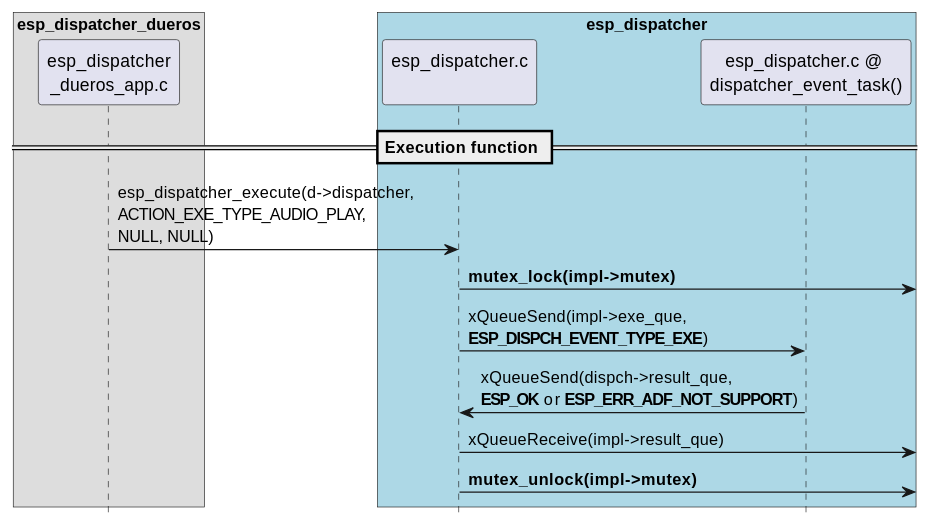
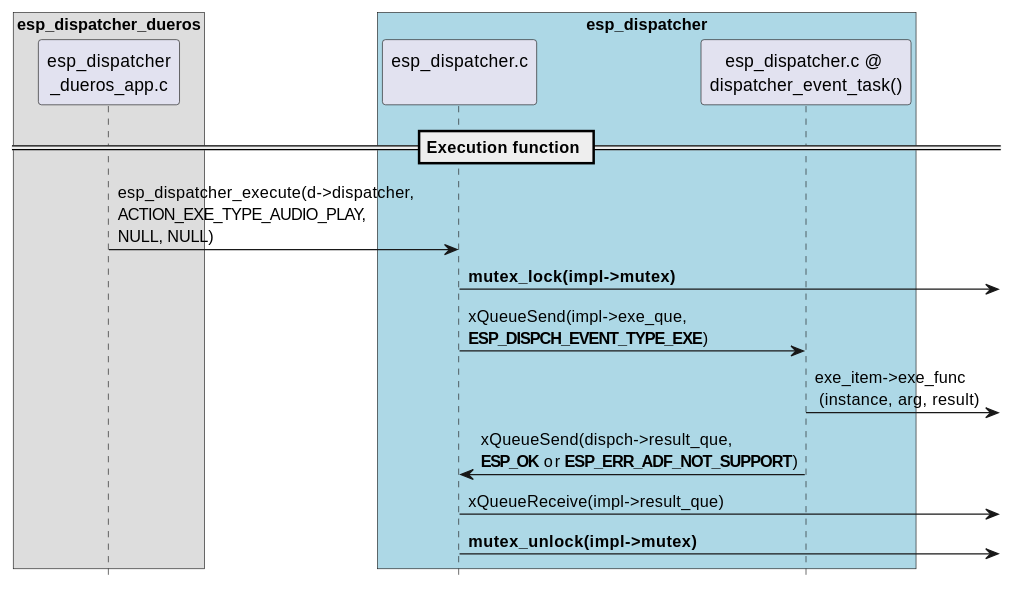
Before and after one commit to liangzhu2008/learn-esp-adf: the fourth of 5 diagrams in docs/inside-dispatcher/esp_dispatcher.rst, drawn with PlantUML. The commit also changed other lines of this file and 2 other files, not shown here.

```diff
--- a/docs/inside-dispatcher/esp_dispatcher.rst
+++ b/docs/inside-dispatcher/esp_dispatcher.rst
@@ -125,20 +129,21 @@
 .. uml::
 
     hide footbox
 
     box "esp_dispatcher_dueros"
-    participant "esp_dispatcher\n_dueros_app.c"         as example           order 10
+    participant "esp_dispatcher\n_dueros_app.c"         as adf_app           order 10
     end box
 
     box "esp_dispatcher" #LightBlue
     participant "esp_dispatcher.c\n"                    as dispatcher_comp   order 20
     participant "esp_dispatcher.c @ \ndispatcher_event_task()" as dispatcher_task   order 30
     end box
     
     == Execution function ==
-    example -> dispatcher_comp : esp_dispatcher_execute(d->dispatcher, \nACTION_EXE_TYPE_AUDIO_PLAY, \nNULL, NULL)
+    adf_app -> dispatcher_comp : esp_dispatcher_execute(d->dispatcher, \nACTION_EXE_TYPE_AUDIO_PLAY, \nNULL, NULL)
     dispatcher_comp ->] : **mutex_lock(impl->mutex)**
     dispatcher_comp -> dispatcher_task : xQueueSend(impl->exe_que, \n**ESP_DISPCH_EVENT_TYPE_EXE**)
+    dispatcher_task ->]                : exe_item->exe_func \n (instance, arg, result)
     dispatcher_task -> dispatcher_comp : xQueueSend(dispch->result_que, \n**ESP_OK** or **ESP_ERR_ADF_NOT_SUPPORT**)
     dispatcher_comp ->] : xQueueReceive(impl->result_que)
     dispatcher_comp ->] : **mutex_unlock(impl->mutex)**   
```
